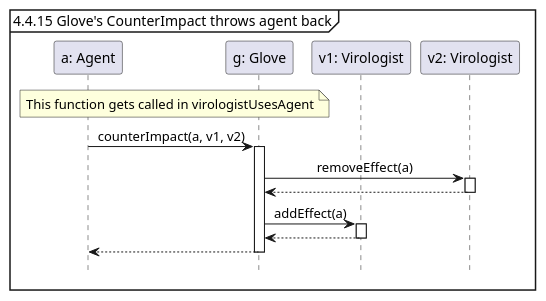
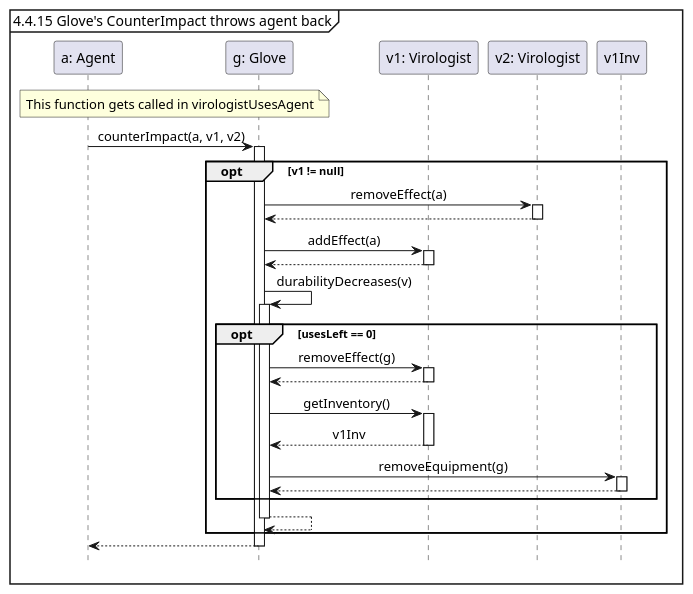
The diagram in docs/seqDiagrams/12_2gloveCounterImpact.puml (Tschonti/503-service-unavailable), drawn with PlantUML before and after one commit. The commit also changed 6 other files, not shown here.

```diff
--- a/docs/seqDiagrams/12_2gloveCounterImpact.puml
+++ b/docs/seqDiagrams/12_2gloveCounterImpact.puml
@@ -1,22 +1,34 @@
 @startuml
 'https://plantuml.com/sequence-diagram
 
 hide footbox
 skinparam sequenceMessageAlign center
 
 mainframe 4.4.15 Glove's CounterImpact throws agent back
 
 participant "a: Agent" as a
 participant "g: Glove" as g
 participant "v1: Virologist" as v1
 participant "v2: Virologist" as v2
 
 note over a, g : This function gets called in virologistUsesAgent
 a-> g ++: counterImpact(a, v1, v2)
-    g -> v2 ++: removeEffect(a)
-    return
-    g -> v1 ++: addEffect(a)
-    return
+    opt v1 != null
+        g -> v2 ++: removeEffect(a)
+        return
+        g -> v1 ++: addEffect(a)
+        return
+        g -> g ++: durabilityDecreases(v) /'Should have an unbreaking enchantment'/
+        opt usesLeft == 0
+            g -> v1 ++: removeEffect(g)
+            return
+            g -> v1 ++ : getInventory()
+            return v1Inv
+            g -> v1Inv ++ : removeEquipment(g)
+            return
+        end
+        return
+    end
 return
 
 @enduml
```
